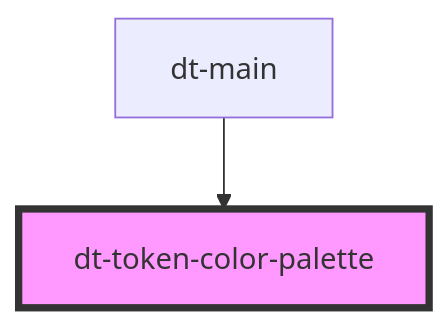
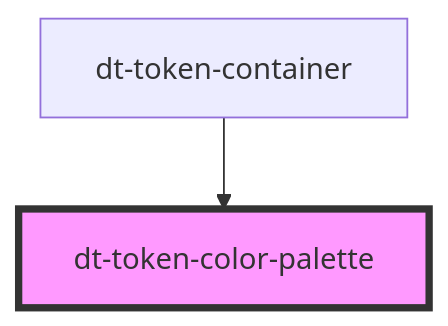
The diagram in src/components/token-color-palette/readme.md (genexuslabs/design-tokens-editor), drawn with Mermaid before and after one commit. The commit also changed other lines of this file and 33 other files, not shown here.

Commit message:
finish token-container code

````diff
--- a/src/components/token-color-palette/readme.md
+++ b/src/components/token-color-palette/readme.md
@@ -22,5 +22,5 @@
 ```mermaid
 graph TD;
-  dt-main --> dt-token-color-palette
+  dt-token-container --> dt-token-color-palette
   style dt-token-color-palette fill:#f9f,stroke:#333,stroke-width:4px
 ```
````
